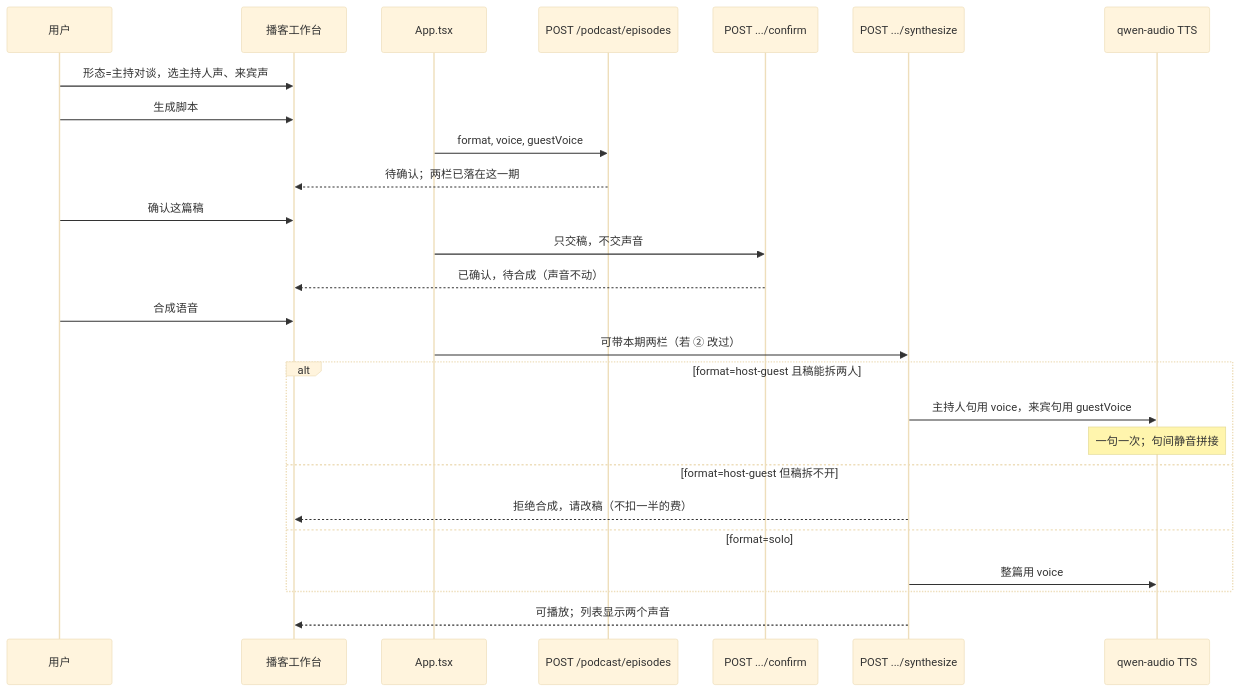
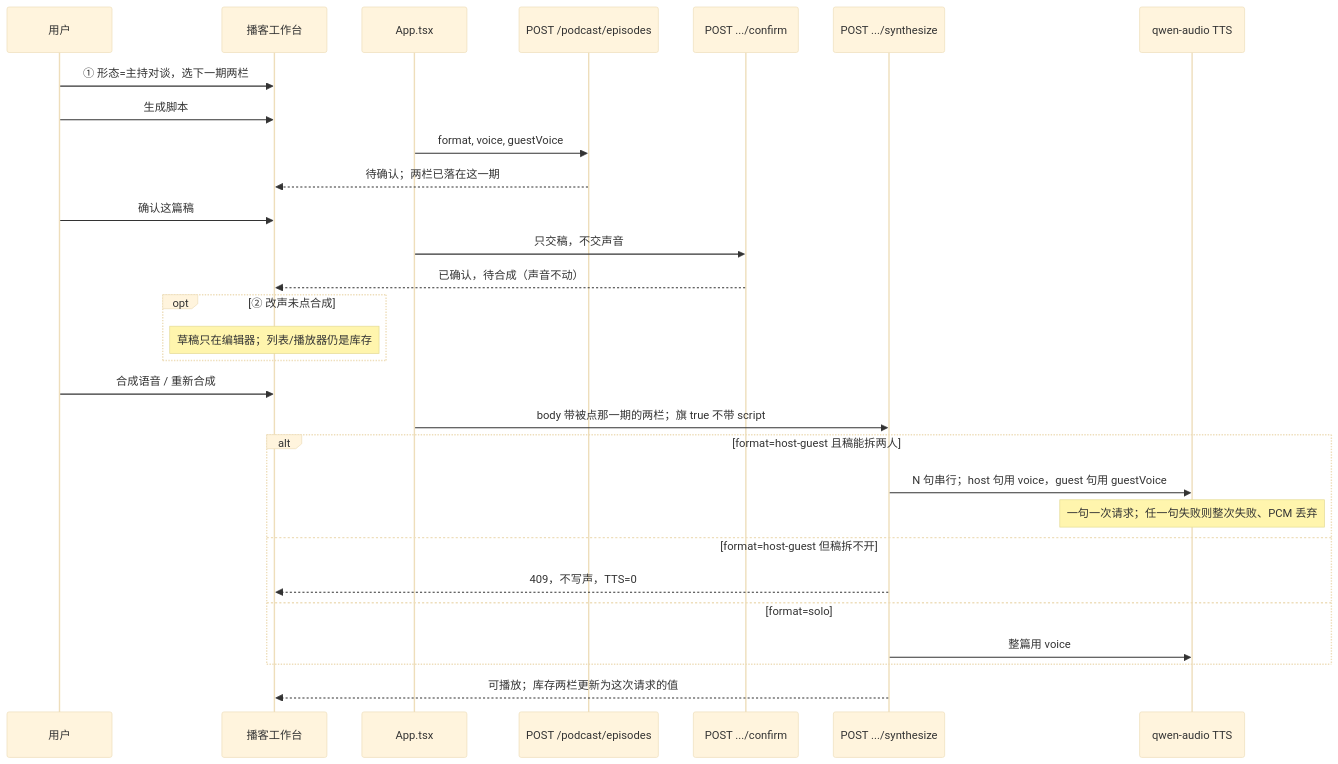
Before and after one commit to liuwenpinghaher-commits/zhuanfang: the second of 2 diagrams in docs/plans/2026-08-22-podcast-dual-voice.md, drawn with Mermaid (base theme). The commit also changed other lines of this file, not shown here.

First line of the commit message:
docs(plan): tighten dual-voice after review

````diff
--- a/docs/plans/2026-08-22-podcast-dual-voice.md
+++ b/docs/plans/2026-08-22-podcast-dual-voice.md
@@ -269,31 +265,35 @@
 ```mermaid
 sequenceDiagram
   participant U as 用户
   participant UI as 播客工作台
   participant App as App.tsx
   participant G as POST /podcast/episodes
   participant C as POST .../confirm
   participant S as POST .../synthesize
   participant TTS as qwen-audio TTS
 
-  U->>UI: 形态=主持对谈，选主持人声、来宾声
+  U->>UI: ① 形态=主持对谈，选下一期两栏
   U->>UI: 生成脚本
   App->>G: format, voice, guestVoice
   G-->>UI: 待确认；两栏已落在这一期
 
   U->>UI: 确认这篇稿
   App->>C: 只交稿，不交声音
   C-->>UI: 已确认，待合成（声音不动）
 
-  U->>UI: 合成语音
-  App->>S: 可带本期两栏（若 ② 改过）
+  opt ② 改声未点合成
+    Note over UI: 草稿只在编辑器；列表/播放器仍是库存
+  end
+
+  U->>UI: 合成语音 / 重新合成
+  App->>S: body 带被点那一期的两栏；旗 true 不带 script
   alt format=host-guest 且稿能拆两人
-    S->>TTS: 主持人句用 voice，来宾句用 guestVoice
-    Note over TTS: 一句一次；句间静音拼接
+    S->>TTS: N 句串行；host 句用 voice，guest 句用 guestVoice
+    Note over TTS: 一句一次请求；任一句失败则整次失败、PCM 丢弃
   else format=host-guest 但稿拆不开
-    S-->>UI: 拒绝合成，请改稿（不扣一半的费）
+    S-->>UI: 409，不写声，TTS=0
   else format=solo
     S->>TTS: 整篇用 voice
   end
-  S-->>UI: 可播放；列表显示两个声音
+  S-->>UI: 可播放；库存两栏更新为这次请求的值
 ```
````
